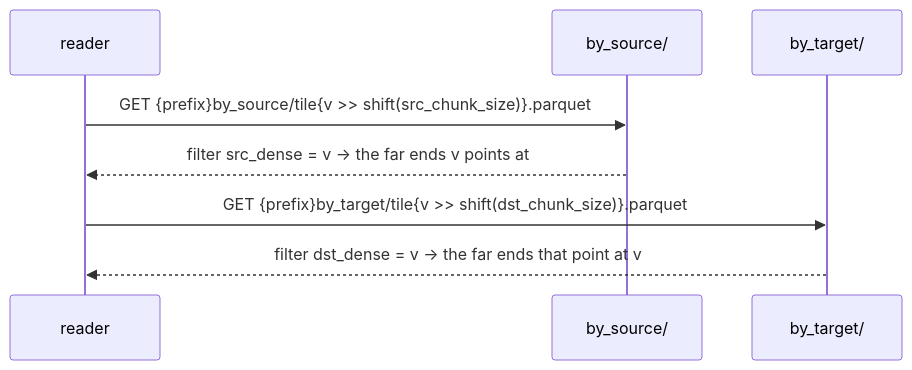
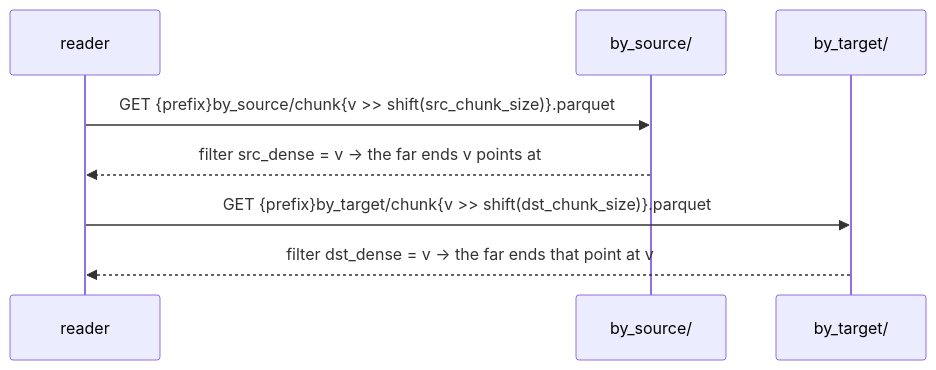
One commit to Kanzo-Tech/fossil-lang changed the second of 2 diagrams in apps/docs/content/docs/format/conventions/adjacency.mdx. Above: the diagram before and after it, drawn with Mermaid. The commit also changed other lines of this file and 6 other files, not shown here.

````diff
--- a/apps/docs/content/docs/format/conventions/adjacency.mdx
+++ b/apps/docs/content/docs/format/conventions/adjacency.mdx
@@ -87,10 +88,10 @@
 ```mermaid
 sequenceDiagram
   participant R as reader
   participant S as by_source/
   participant T as by_target/
-  R->>S: GET {prefix}by_source/tile{v >> shift(src_chunk_size)}.parquet
+  R->>S: GET {prefix}by_source/chunk{v >> shift(src_chunk_size)}.parquet
   S-->>R: filter src_dense = v → the far ends v points at
-  R->>T: GET {prefix}by_target/tile{v >> shift(dst_chunk_size)}.parquet
+  R->>T: GET {prefix}by_target/chunk{v >> shift(dst_chunk_size)}.parquet
   T-->>R: filter dst_dense = v → the far ends that point at v
 ```
````
